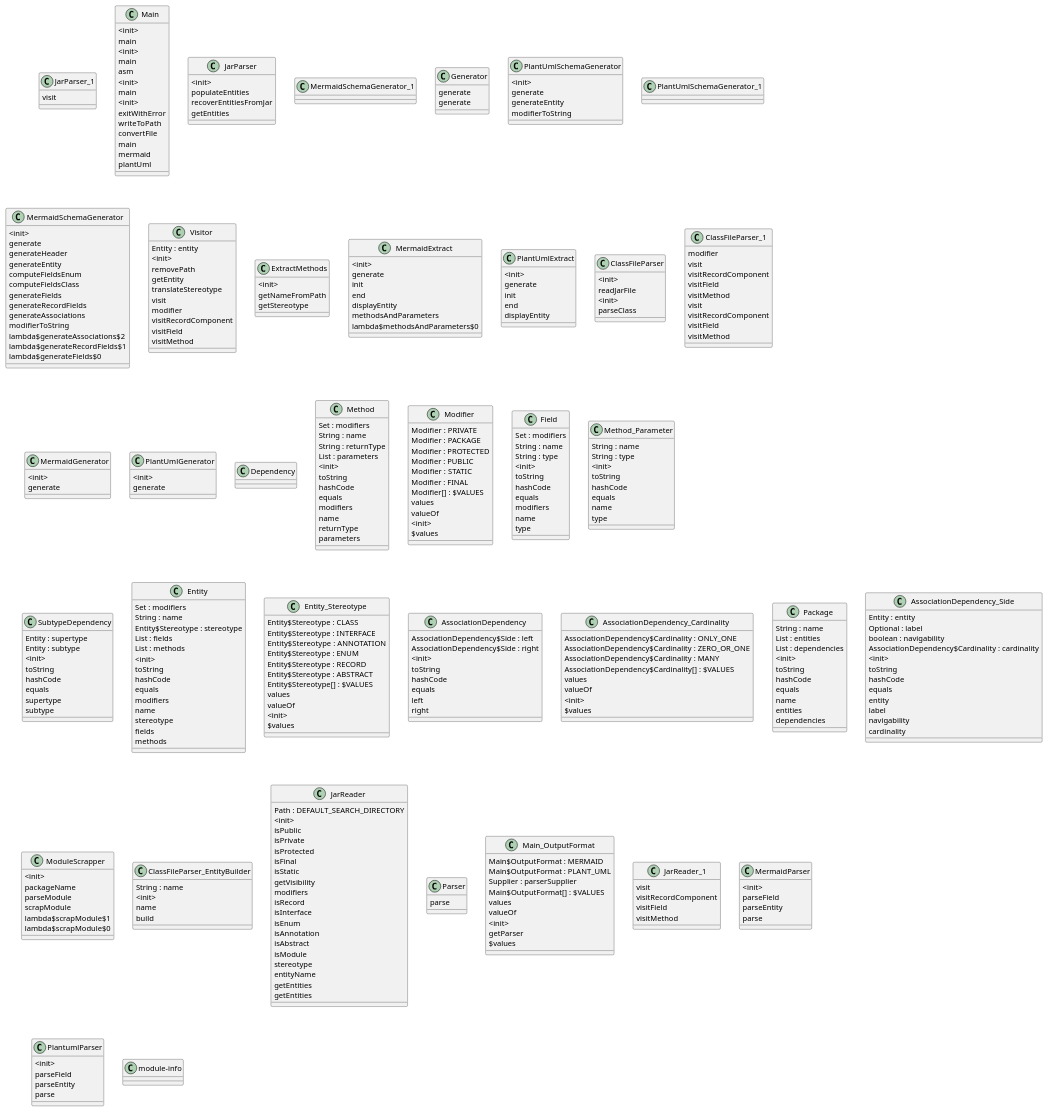
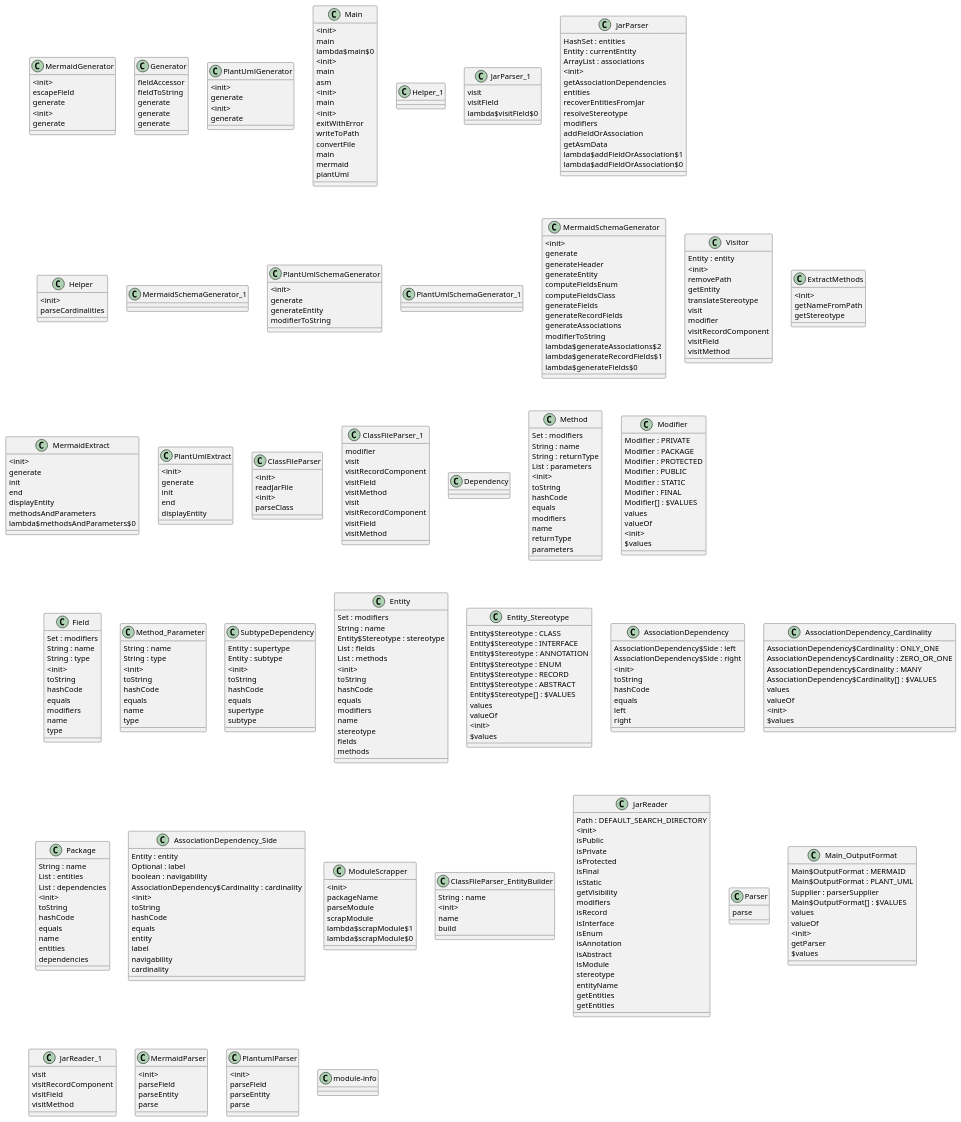
The diagram in src/main/java/com/github/veluvexiau/umldoc/core/plantExport.md (forax/umldoc), drawn with PlantUML before and after one commit. The commit also changed 2 other files, not shown here.

Commit message:
added todo

````diff
--- a/src/main/java/com/github/veluvexiau/umldoc/core/plantExport.md
+++ b/src/main/java/com/github/veluvexiau/umldoc/core/plantExport.md
@@ -1,20 +1,57 @@
 ```plantuml
 @startuml
 ' umldoc
-	class JarParser_1{
-		visit
+	class MermaidGenerator{
+		<init>
+		escapeField
+		generate
+	}
+
+	class Generator{
+		fieldAccessor
+		fieldToString
+		generate
+	}
+
+	class PlantUmlGenerator{
+		<init>
+		generate
 	}
 
 	class Main{
 		<init>
 		main
+		lambda$main$0
+	}
+
+	class Helper_1{
+	}
+
+	class JarParser_1{
+		visit
+		visitField
+		lambda$visitField$0
 	}
 
 	class JarParser{
+		HashSet : entities
+		Entity : currentEntity
+		ArrayList : associations
 		<init>
-		populateEntities
+		getAssociationDependencies
+		entities
 		recoverEntitiesFromJar
-		getEntities
+		resolveStereotype
+		modifiers
+		addFieldOrAssociation
+		getAsmData
+		lambda$addFieldOrAssociation$1
+		lambda$addFieldOrAssociation$0
+	}
+
+	class Helper{
+		<init>
+		parseCardinalities
 	}
 
 	class Main{
````
